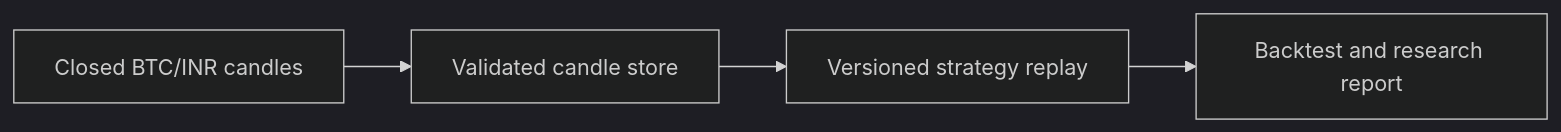
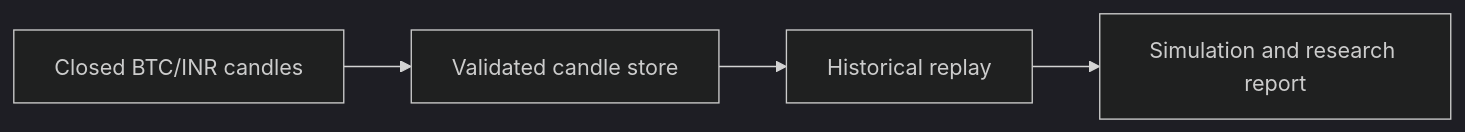
One commit to ashutoshaditya05/CryptoOS changed the diagram in README.md. Above: the diagram before and after it, drawn with Mermaid (dark theme). The commit also changed other lines of this file and 1 other file, not shown here.

````diff
--- a/README.md
+++ b/README.md
@@ -11,6 +11,6 @@
 ```mermaid
 flowchart LR
     A["Closed BTC/INR candles"] --> B["Validated candle store"]
-    B --> C["Versioned strategy replay"]
-    C --> D["Backtest and research report"]
+    B --> C["Historical replay"]
+    C --> D["Simulation and research report"]
 ```
````
